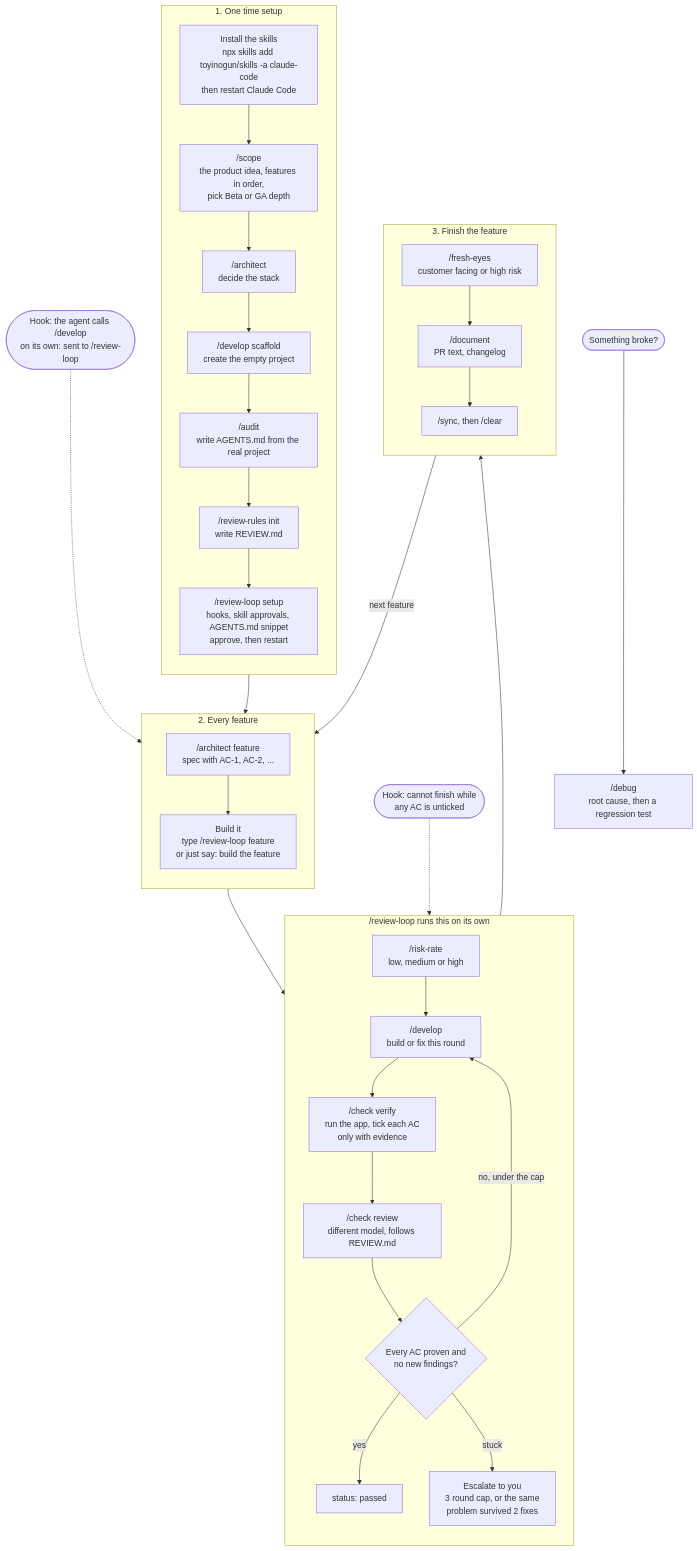
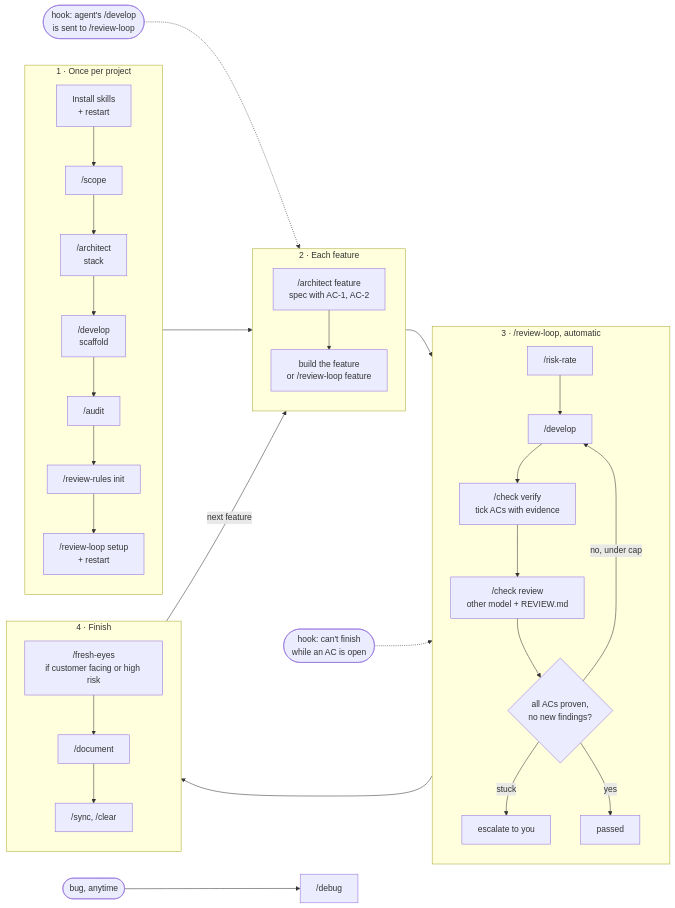
One commit to toyinogun/skills changed the diagram in docs/fresh-project.md. Above: the diagram before and after it, drawn with Mermaid.

Commit message:
docs: lay out the flow diagram left to right so it fits GitHub's viewer

````diff
--- a/docs/fresh-project.md
+++ b/docs/fresh-project.md
@@ -5,56 +5,34 @@
 ```mermaid
-flowchart TD
-    subgraph SETUP["1. One time setup"]
+flowchart LR
+    subgraph SETUP["1 · Once per project"]
         direction TB
-        S1["Install the skills<br/>npx skills add toyinogun/skills -a claude-code<br/>then restart Claude Code"]
-        S2["/scope<br/>the product idea, features in order,<br/>pick Beta or GA depth"]
-        S3["/architect<br/>decide the stack"]
-        S4["/develop scaffold<br/>create the empty project"]
-        S5["/audit<br/>write AGENTS.md from the real project"]
-        S6["/review-rules init<br/>write REVIEW.md"]
-        S7["/review-loop setup<br/>hooks, skill approvals, AGENTS.md snippet<br/>approve, then restart"]
-        S1 --> S2 --> S3 --> S4 --> S5 --> S6 --> S7
+        S1["Install skills<br/>+ restart"] --> S2["/scope"] --> S3["/architect<br/>stack"] --> S4["/develop<br/>scaffold"] --> S5["/audit"] --> S6["/review-rules init"] --> S7["/review-loop setup<br/>+ restart"]
     end
 
-    subgraph FEATURE["2. Every feature"]
+    subgraph FEATURE["2 · Each feature"]
         direction TB
-        F1["/architect feature<br/>spec with AC-1, AC-2, ..."]
-        F2["Build it<br/>type /review-loop feature<br/>or just say: build the feature"]
-        F1 --> F2
+        F1["/architect feature<br/>spec with AC-1, AC-2"] --> F2["build the feature<br/>or /review-loop feature"]
     end
 
-    subgraph LOOP["/review-loop runs this on its own"]
+    subgraph LOOP["3 · /review-loop, automatic"]
         direction TB
-        L1["/risk-rate<br/>low, medium or high"]
-        L2["/develop<br/>build or fix this round"]
-        L3["/check verify<br/>run the app, tick each AC<br/>only with evidence"]
-        L4["/check review<br/>different model, follows REVIEW.md"]
-        L5{"Every AC proven and<br/>no new findings?"}
-        L6["status: passed"]
-        L7["Escalate to you<br/>3 round cap, or the same<br/>problem survived 2 fixes"]
-        L1 --> L2 --> L3 --> L4 --> L5
-        L5 -->|"yes"| L6
-        L5 -->|"no, under the cap"| L2
-        L5 -->|"stuck"| L7
+        L1["/risk-rate"] --> L2["/develop"] --> L3["/check verify<br/>tick ACs with evidence"] --> L4["/check review<br/>other model + REVIEW.md"] --> L5{"all ACs proven,<br/>no new findings?"}
+        L5 -->|"no, under cap"| L2
+        L5 -->|"stuck"| L7["escalate to you"]
+        L5 -->|"yes"| L6["passed"]
     end
 
-    subgraph AFTER["3. Finish the feature"]
+    subgraph AFTER["4 · Finish"]
         direction TB
-        A1["/fresh-eyes<br/>customer facing or high risk"]
-        A2["/document<br/>PR text, changelog"]
-        A3["/sync, then /clear"]
-        A1 --> A2 --> A3
+        A1["/fresh-eyes<br/>if customer facing or high risk"] --> A2["/document"] --> A3["/sync, /clear"]
     end
 
     S7 --> F1
     F2 --> L1
     L6 --> A1
     A3 -->|"next feature"| F1
 
-    H1(["Hook: the agent calls /develop<br/>on its own: sent to /review-loop"])
-    H2(["Hook: cannot finish while<br/>any AC is unticked"])
-    H1 -.-> F2
-    H2 -.-> L5
-
-    B1(["Something broke?"]) --> B2["/debug<br/>root cause, then a regression test"]
+    H1(["hook: agent's /develop<br/>is sent to /review-loop"]) -.-> F2
+    H2(["hook: can't finish<br/>while an AC is open"]) -.-> L5
+    B1(["bug, anytime"]) --> B2["/debug"]
 ```
````
